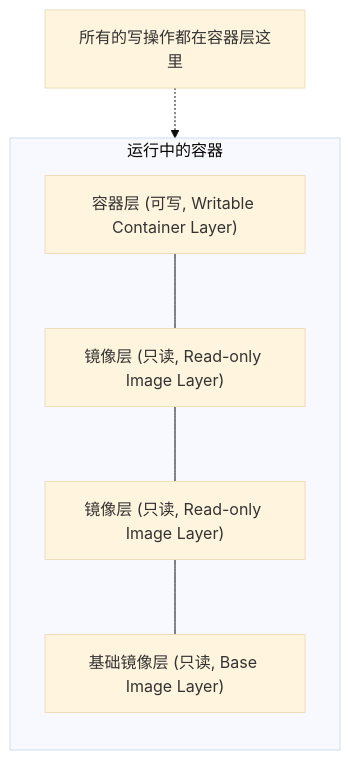
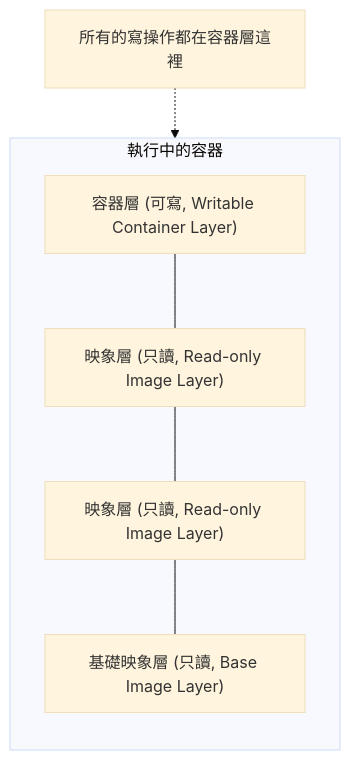
Before and after one commit to doggy8088/docker_practice: the diagram in 04_image/4.7_internal.md, drawn with Mermaid (base theme). The commit also changed other lines of this file and 211 other files, not shown here.

````diff
--- a/04_image/4.7_internal.md
+++ b/04_image/4.7_internal.md
@@ -28,13 +28,13 @@
 ```mermaid
 flowchart TD
-    subgraph Container ["运行中的容器"]
+    subgraph Container ["執行中的容器"]
         direction TB
-        L4["容器层 (可写, Writable Container Layer)"]
-        L3["镜像层 (只读, Read-only Image Layer)"]
-        L2["镜像层 (只读, Read-only Image Layer)"]
-        L1["基础镜像层 (只读, Base Image Layer)"]
+        L4["容器層 (可寫, Writable Container Layer)"]
+        L3["映象層 (只讀, Read-only Image Layer)"]
+        L2["映象層 (只讀, Read-only Image Layer)"]
+        L1["基礎映象層 (只讀, Base Image Layer)"]
 
         L4 --- L3 --- L2 --- L1
     end
-    Note["所有的写操作都在容器层这里"] -.-> L4
+    Note["所有的寫操作都在容器層這裡"] -.-> L4
 ```
````
